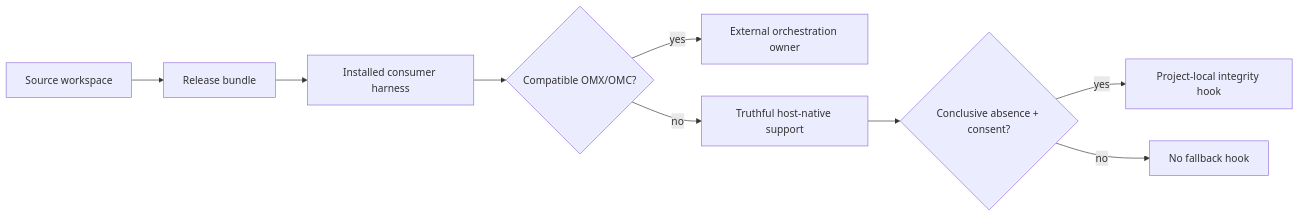
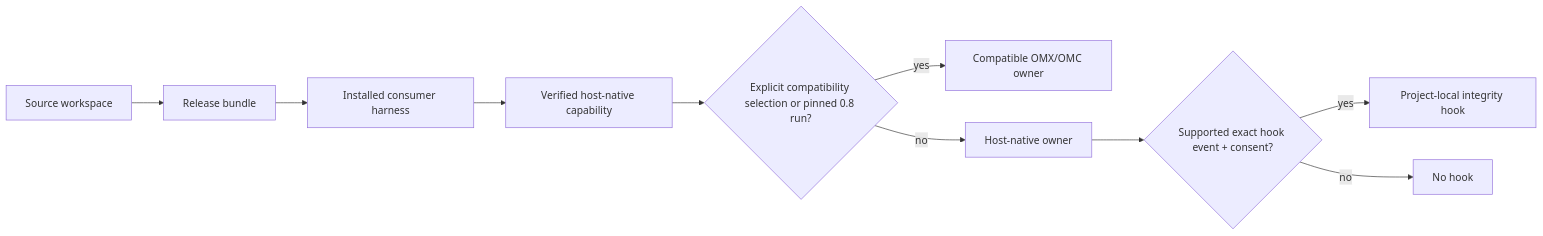
Before and after one commit to gvm1229/aigent-hive: the diagram in docs/overview/product.md, drawn with Mermaid. The commit also changed other lines of this file and 15 other files, not shown here.

First line of the commit message:
docs: v0.9 host-native architecture 정리

````diff
--- a/docs/overview/product.md
+++ b/docs/overview/product.md
@@ -68,11 +68,12 @@
 ```mermaid
 flowchart LR
     A["Source workspace"] --> B["Release bundle"]
     B --> C["Installed consumer harness"]
-    C --> D{"Compatible OMX/OMC?"}
-    D -->|"yes"| E["External orchestration owner"]
-    D -->|"no"| F["Truthful host-native support"]
-    F --> G{"Conclusive absence + consent?"}
-    G -->|"yes"| H["Project-local integrity hook"]
-    G -->|"no"| I["No fallback hook"]
+    C --> D["Verified host-native capability"]
+    D --> E{"Explicit compatibility selection or pinned 0.8 run?"}
+    E -->|"yes"| F["Compatible OMX/OMC owner"]
+    E -->|"no"| G["Host-native owner"]
+    G --> H{"Supported exact hook event + consent?"}
+    H -->|"yes"| I["Project-local integrity hook"]
+    H -->|"no"| J["No hook"]
 ```
````
